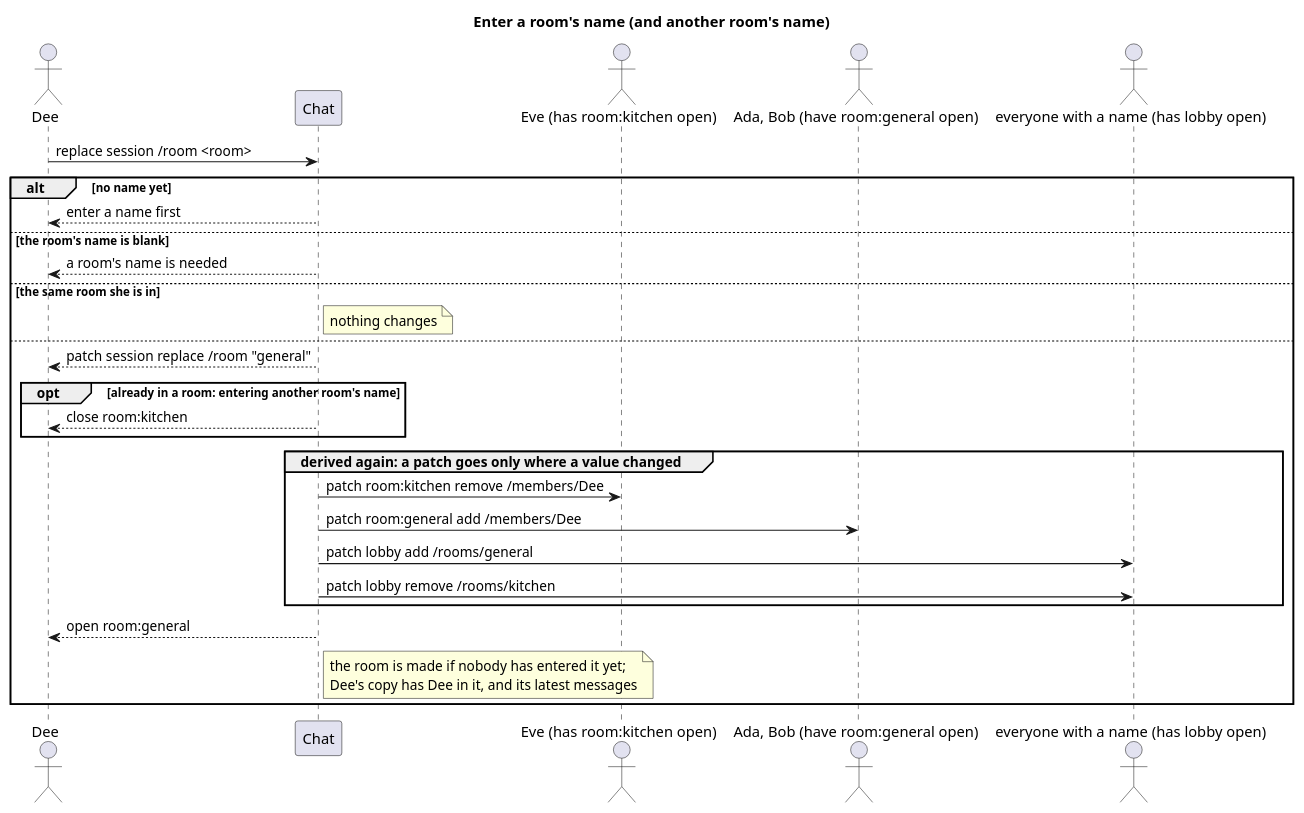
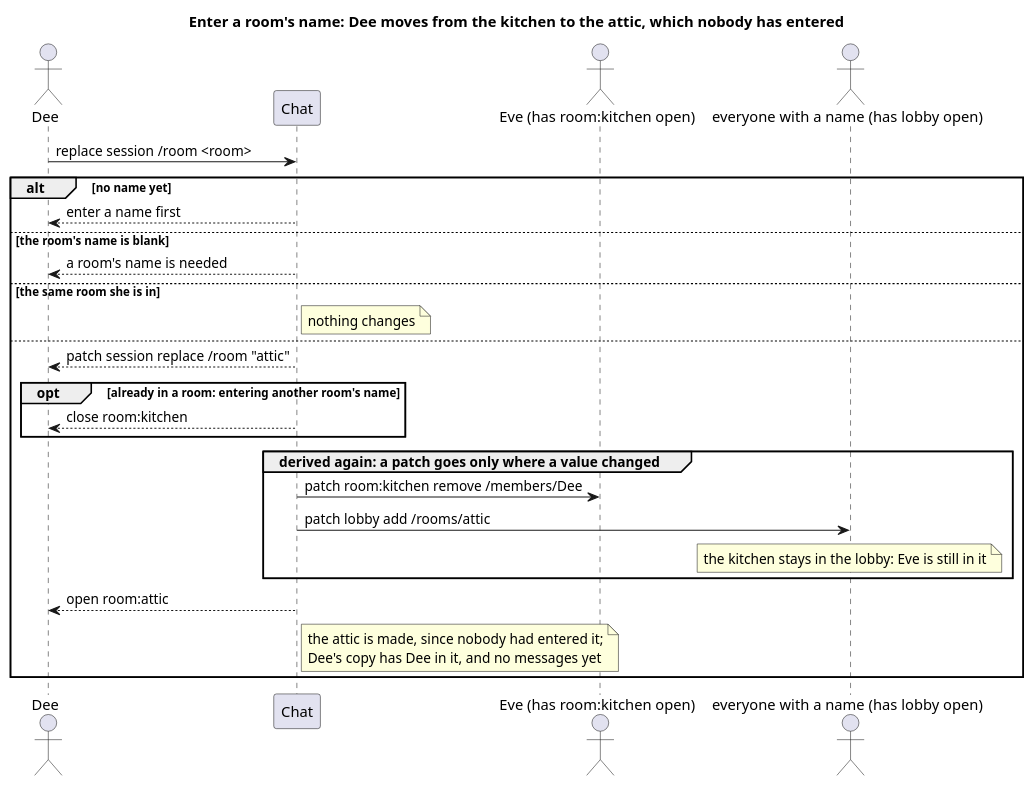
Before and after one commit to blueshed/dzql: the diagram in uml/src/seq-enter-a-rooms-name.puml, drawn with PlantUML. The commit also changed 6 other files, not shown here.

Commit message:
uml: the second review taken in -- each scenario draws only the derived patches that happen for its cast; names unique among stored sessions; logging out removes the session and a fresh nameless one opens

```diff
--- a/uml/src/seq-enter-a-rooms-name.puml
+++ b/uml/src/seq-enter-a-rooms-name.puml
@@ -1,30 +1,28 @@
 @startuml
-title Enter a room's name (and another room's name)
+title Enter a room's name: Dee moves from the kitchen to the attic, which nobody has entered
 actor "Dee" as dee
 participant "Chat" as app
 actor "Eve (has room:kitchen open)" as old
-actor "Ada, Bob (have room:general open)" as room
 actor "everyone with a name (has lobby open)" as lobby
 
 dee -> app : replace session /room <room>
 alt no name yet
   app --> dee : enter a name first
 else the room's name is blank
   app --> dee : a room's name is needed
 else the same room she is in
   note right of app : nothing changes
 else
-  app --> dee : patch session replace /room "general"
+  app --> dee : patch session replace /room "attic"
   opt already in a room: entering another room's name
     app --> dee : close room:kitchen
   end
   group derived again: a patch goes only where a value changed
     app -> old : patch room:kitchen remove /members/Dee
-    app -> room : patch room:general add /members/Dee
-    app -> lobby : patch lobby add /rooms/general
-    app -> lobby : patch lobby remove /rooms/kitchen
+    app -> lobby : patch lobby add /rooms/attic
+    note over lobby : the kitchen stays in the lobby: Eve is still in it
   end
-  app --> dee : open room:general
-  note right of app : the room is made if nobody has entered it yet;\nDee's copy has Dee in it, and its latest messages
+  app --> dee : open room:attic
+  note right of app : the attic is made, since nobody had entered it;\nDee's copy has Dee in it, and no messages yet
 end
 @enduml
```
